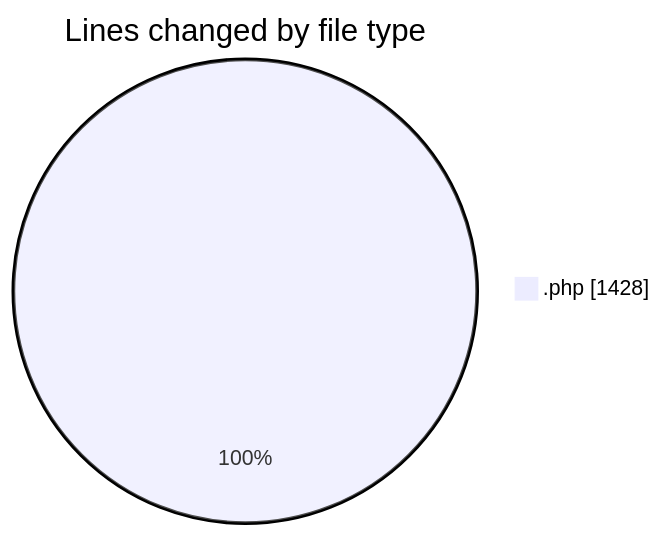
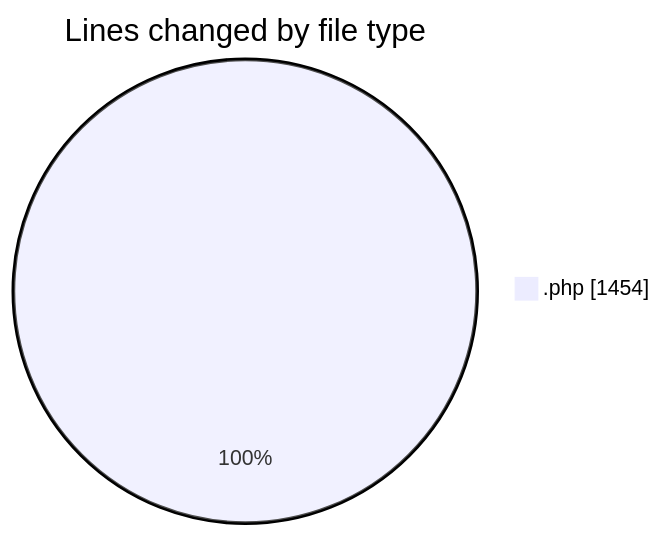
Before and after one commit to vahidmafi/code-tracking: the first of 2 diagrams in 2025-10-04/shop/README.md, drawn with Mermaid. The commit also changed other lines of this file and 1 other file, not shown here.

````diff
--- a/2025-10-04/shop/README.md
+++ b/2025-10-04/shop/README.md
@@ -22,5 +24,5 @@
 ```mermaid
 pie showData
 title Lines changed by file type
-".php" : 1428
+".php" : 1454
 ```
````
